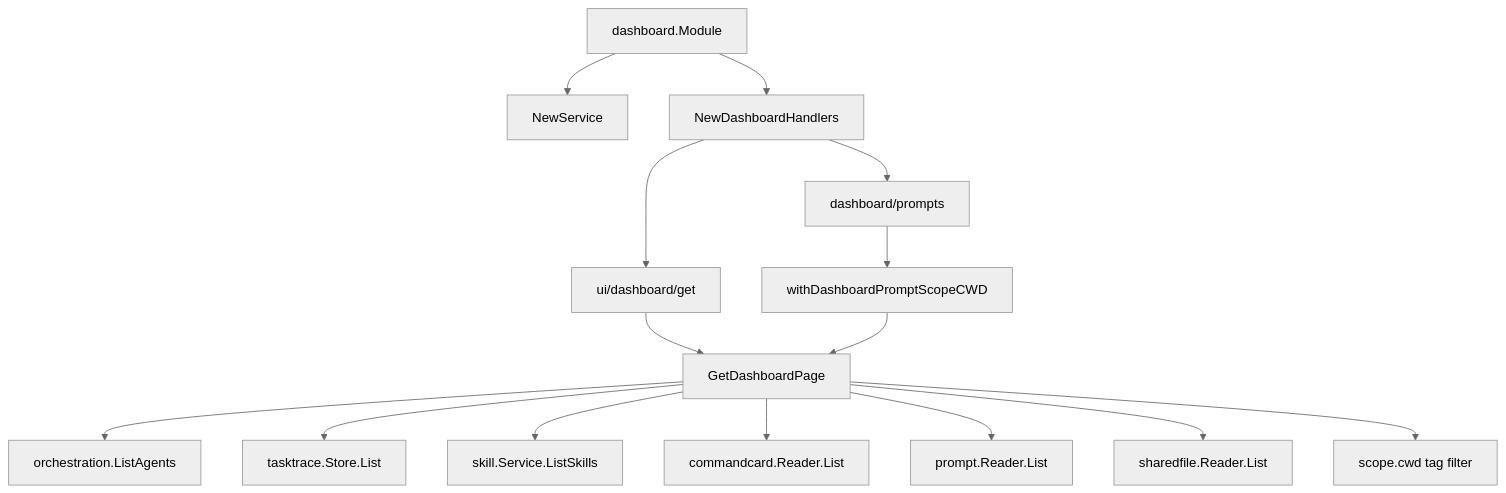
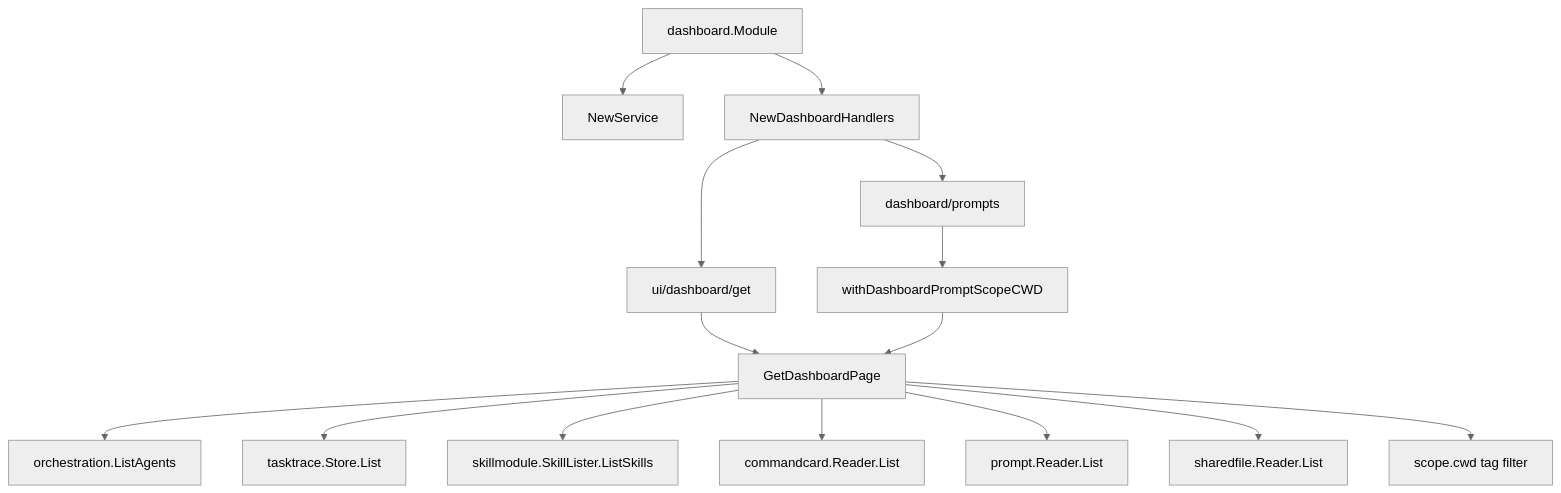
One commit to lihah111222333-cloud/Super-Dolphin-Agent-Cockpit changed the fifth of 8 diagrams in docs/doc/codemap/07-module-read.md. Above: the diagram before and after it, drawn with Mermaid (neutral theme). The commit also changed other lines of this file and 14 other files, not shown here.

````diff
--- a/docs/doc/codemap/07-module-read.md
+++ b/docs/doc/codemap/07-module-read.md
@@ -201,17 +201,17 @@
 ```mermaid
 flowchart TD
     DASHMOD[dashboard.Module] --> DASHSVC[NewService]
     DASHMOD --> DASHRPC[NewDashboardHandlers]
     DASHRPC --> UIPAGE[ui/dashboard/get]
     DASHRPC --> PROMPTSRPC[dashboard/prompts]
     UIPAGE --> PAGE[GetDashboardPage]
     PAGE --> AG[orchestration.ListAgents]
     PAGE --> TT[tasktrace.Store.List]
-    PAGE --> SK[skill.Service.ListSkills]
+    PAGE --> SK[skillmodule.SkillLister.ListSkills]
     PAGE --> CC[commandcard.Reader.List]
     PAGE --> PR[prompt.Reader.List]
     PAGE --> SF[sharedfile.Reader.List]
     PROMPTSRPC --> SCOPE[withDashboardPromptScopeCWD]
     SCOPE --> PAGE
     PAGE --> TAGFILT[scope.cwd tag filter]
 ```
````
